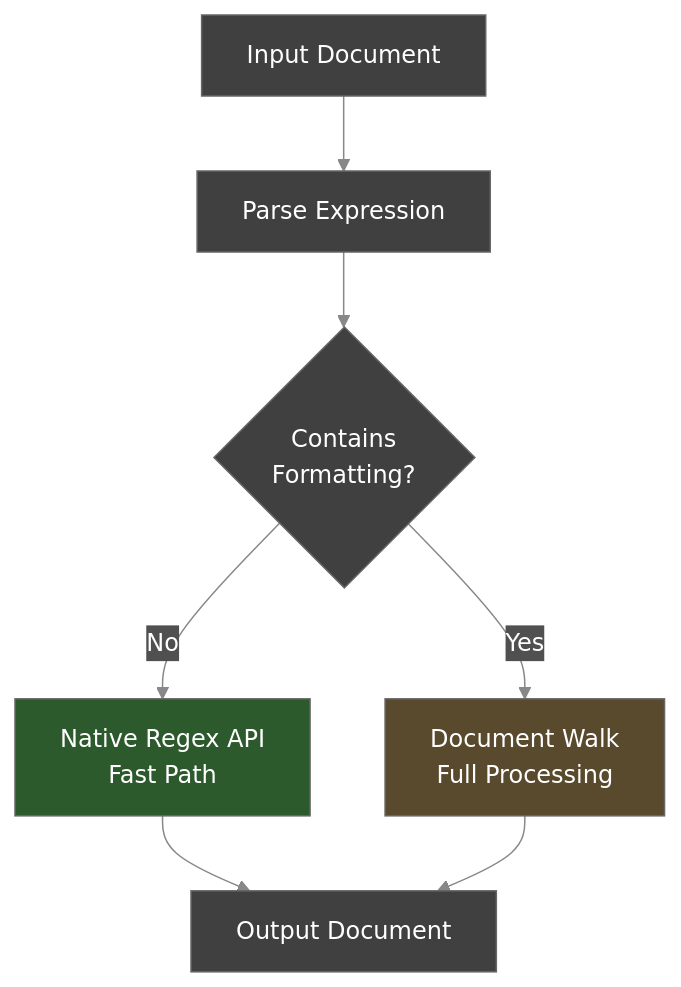
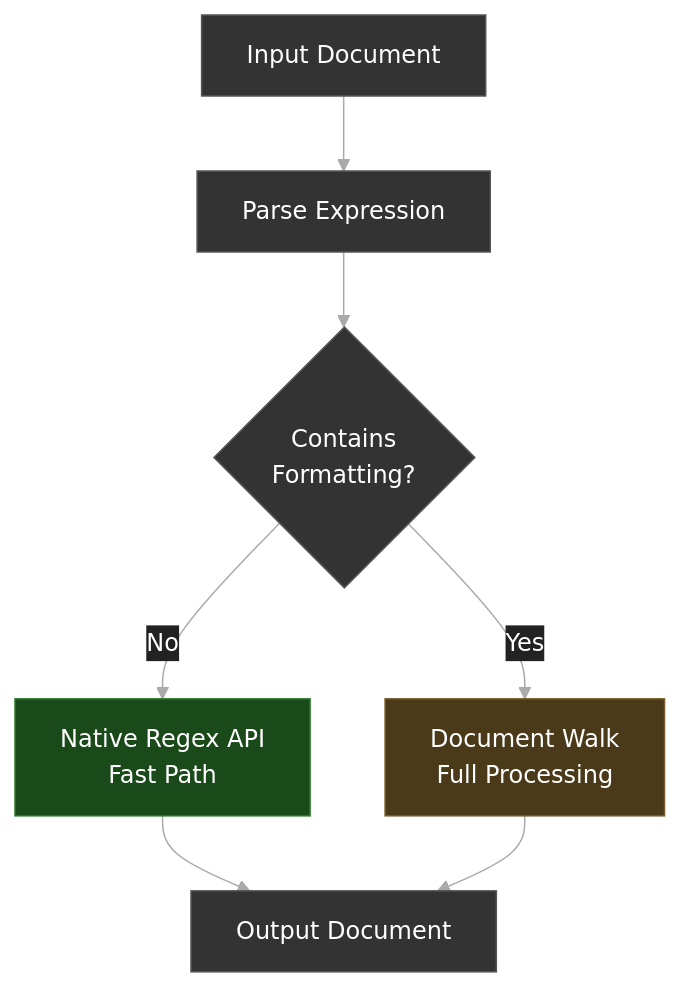
One commit to visionik/sedmat changed the second of 8 diagrams in README.md. Above: the diagram before and after it, drawn with Mermaid. The commit also changed other lines of this file, not shown here.

First line of the commit message:
style: update Mermaid diagrams with darker theme

````diff
--- a/README.md
+++ b/README.md
@@ -75,13 +75,13 @@
 ```mermaid
-%%{init: {'theme': 'base', 'themeVariables': { 'primaryColor': '#404040', 'primaryTextColor': '#ffffff', 'primaryBorderColor': '#666666', 'lineColor': '#888888', 'secondaryColor': '#505050', 'tertiaryColor': '#333333', 'background': '#1a1a1a' }}}%%
+%%{init: {'theme': 'base', 'themeVariables': { 'primaryColor': '#333333', 'primaryTextColor': '#ffffff', 'primaryBorderColor': '#555555', 'lineColor': '#aaaaaa', 'secondaryColor': '#2a2a2a', 'tertiaryColor': '#222222', 'background': '#111111', 'edgeLabelBackground': '#222222' }}}%%
 flowchart TB
     INPUT[Input Document] --> PARSE[Parse Expression]
     PARSE --> HASFORMAT{Contains<br/>Formatting?}
     HASFORMAT -->|No| NATIVE[Native Regex API<br/>Fast Path]
     HASFORMAT -->|Yes| WALK[Document Walk<br/>Full Processing]
     NATIVE --> OUTPUT[Output Document]
     WALK --> OUTPUT
     
-    style NATIVE fill:#2d5a2d,color:#ffffff
-    style WALK fill:#5a4a2d,color:#ffffff
+    style NATIVE fill:#1a4a1a,color:#ffffff,stroke:#2a7a2a
+    style WALK fill:#4a3a1a,color:#ffffff,stroke:#7a5a2a
 ```
````
